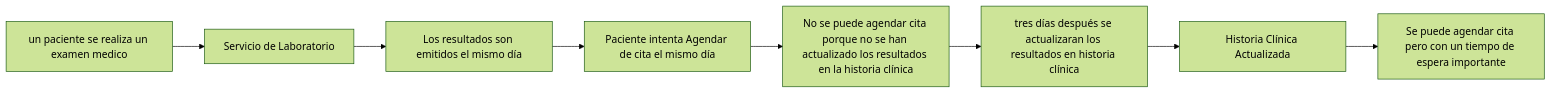
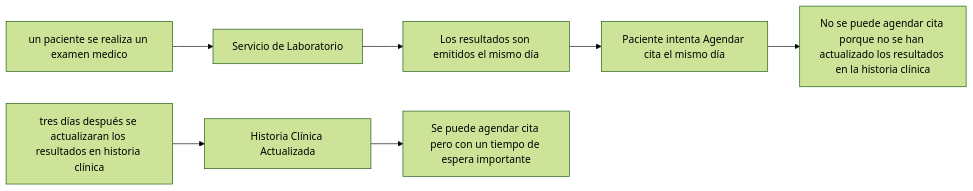
One commit to JhalexR/learning-journey changed the second of 3 diagrams in Knowledge Base/2 Articulos e investigaciones/3. Hospitalización y Software.md. Above: the diagram before and after it, drawn with Mermaid (forest theme). The commit also changed other lines of this file, not shown here.

````diff
--- a/Knowledge Base/2 Articulos e investigaciones/3. Hospitalización y Software.md
+++ b/Knowledge Base/2 Articulos e investigaciones/3. Hospitalización y Software.md
@@ -48,21 +48,21 @@
 ```mermaid
 
 flowchart LR
 
 A["un paciente se realiza un examen medico"]
 B["Servicio de Laboratorio"]
 C["Los resultados son emitidos el mismo día"]
 
 A --> B --> C 
 
-D["Paciente intenta Agendar de cita el mismo día"]
+D["Paciente intenta Agendar cita el mismo día"]
 E["No se puede agendar cita porque no se han actualizado los resultados en la historia clínica"]
 
 C --> D --> E
 
 F["tres días después se actualizaran los resultados en historia clínica"]
 G["Historia Clínica Actualizada"]
 H["Se puede agendar cita pero con un tiempo de espera importante"]
 
-E --> F --> G --> H
+F --> G --> H
 ```
````
